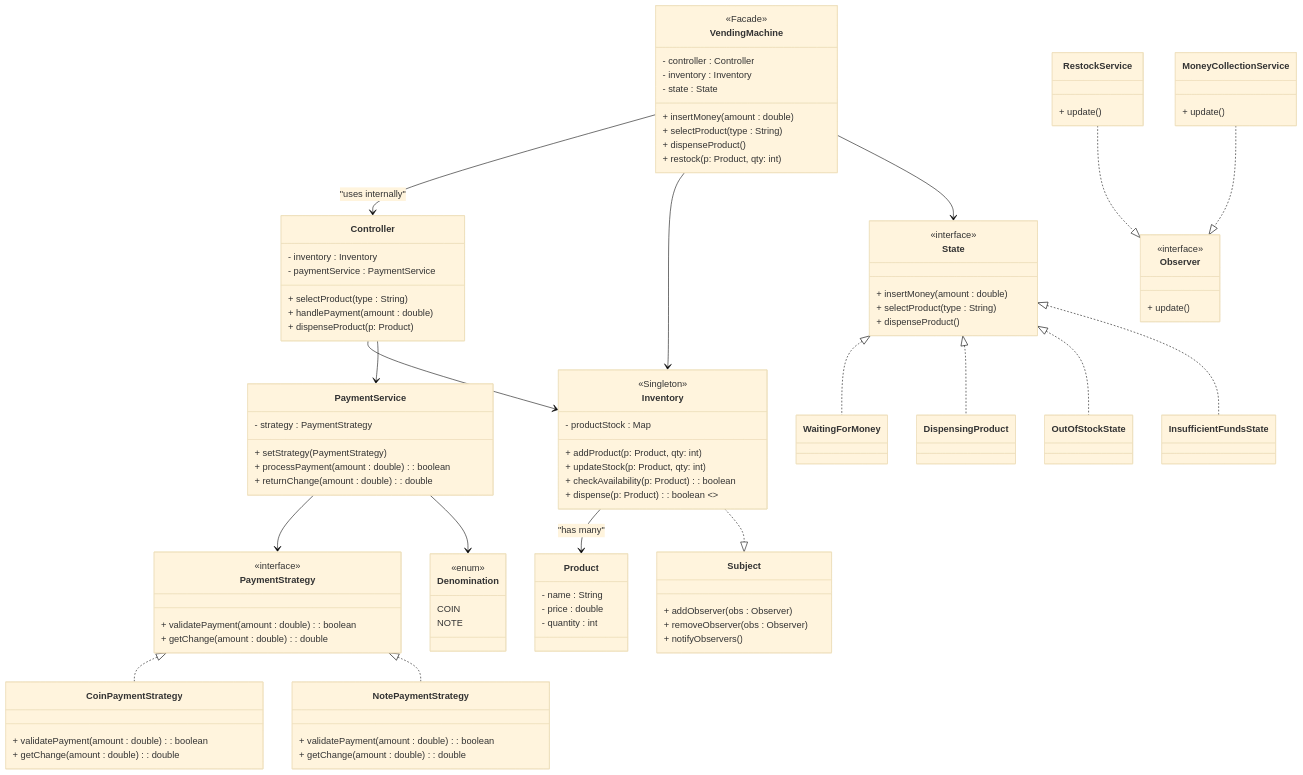
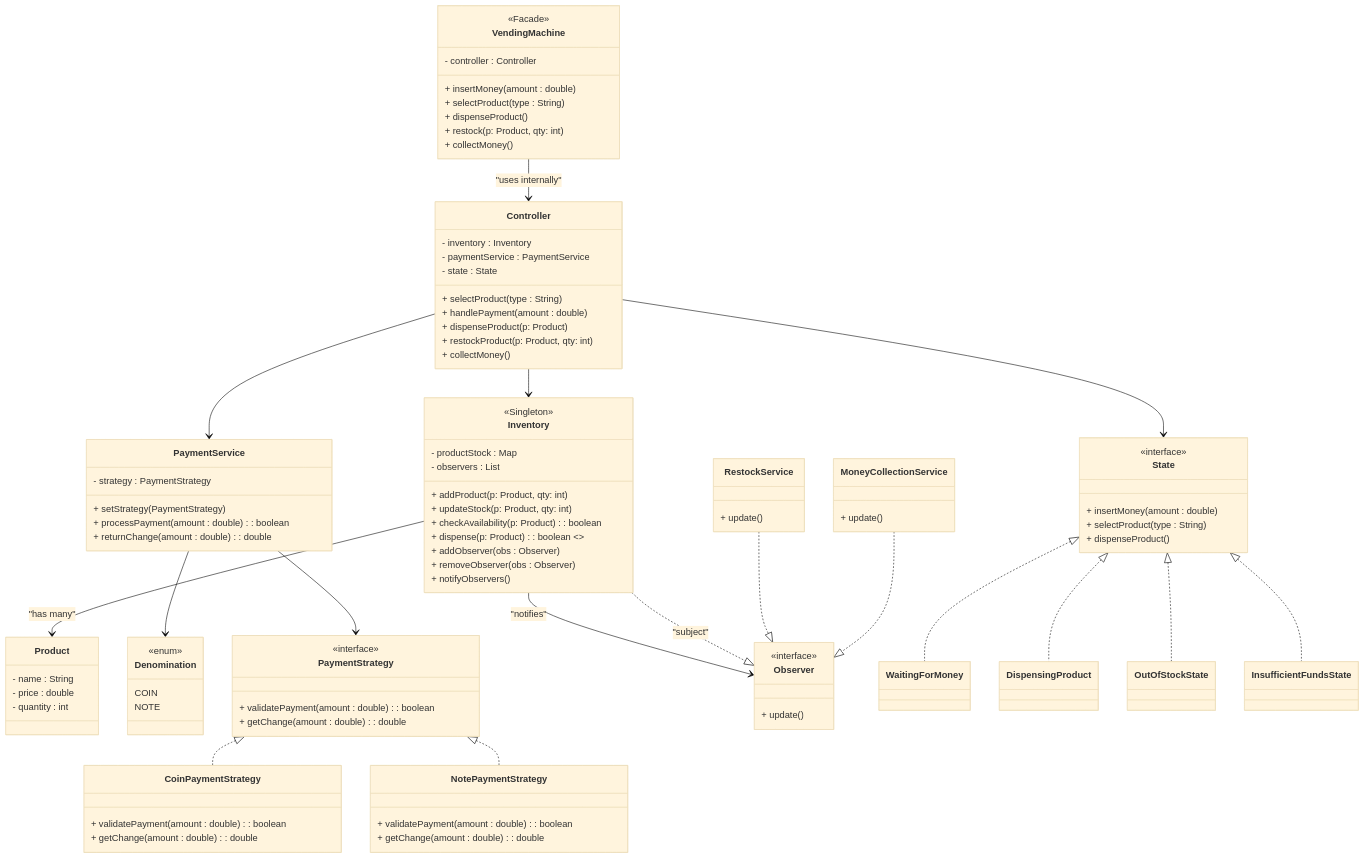
Before and after one commit to divyadhimaan/lld-playground: the diagram in code/src/vendingMachine/vendingMachine.md, drawn with Mermaid (base theme). The commit also changed other lines of this file and 1 other file, not shown here.

Commit message:
Vending Machine: inventory should be subject for observer and vending machine should be a facade, letting controller handle everything

```diff
--- a/code/src/vendingMachine/vendingMachine.md
+++ b/code/src/vendingMachine/vendingMachine.md
@@ -84,49 +88,51 @@
     PaymentService --> PaymentStrategy
     PaymentService --> Denomination
 
-
 %% === Inventory (Singleton + Thread Safe) ===
     class Inventory {
         <<Singleton>>
         - productStock : Map<Product, Integer>
+        - observers : List<Observer>
         + addProduct(p: Product, qty: int)
         + updateStock(p: Product, qty: int)
         + checkAvailability(p: Product) : boolean
         + dispense(p: Product) : boolean <<synchronized>>
+        + addObserver(obs : Observer)
+        + removeObserver(obs : Observer)
+        + notifyObservers()
     }
 
     Inventory --> Product : "has many"
-
+    Inventory --> Observer : "notifies"
 
 %% === Controller (Internal) ===
     class Controller {
         - inventory : Inventory
         - paymentService : PaymentService
+        - state : State
         + selectProduct(type : String)
         + handlePayment(amount : double)
         + dispenseProduct(p: Product)
+        + restockProduct(p: Product, qty: int)
+        + collectMoney()
     }
 
     Controller --> Inventory
     Controller --> PaymentService
-
+    Controller --> State
 
 %% === Vending Machine (Facade) ===
     class VendingMachine {
         <<Facade>>
         - controller : Controller
-        - inventory : Inventory
-        - state : State
         + insertMoney(amount : double)
         + selectProduct(type : String)
         + dispenseProduct()
         + restock(p: Product, qty: int)
+        + collectMoney()
     }
 
     VendingMachine --> Controller : "uses internally"
-    VendingMachine --> Inventory
-    VendingMachine --> State
-
 
 %% === Observer Pattern for Restock & Collection ===
     class Observer {
@@ -142,16 +148,9 @@
         + update()
     }
 
-    class Subject {
-        + addObserver(obs : Observer)
-        + removeObserver(obs : Observer)
-        + notifyObservers()
-    }
-
-    Inventory ..|> Subject
+    Inventory ..|> Observer : "subject"
     RestockService ..|> Observer
     MoneyCollectionService ..|> Observer
-
 
 %% === State Pattern ===
     class State {
```
